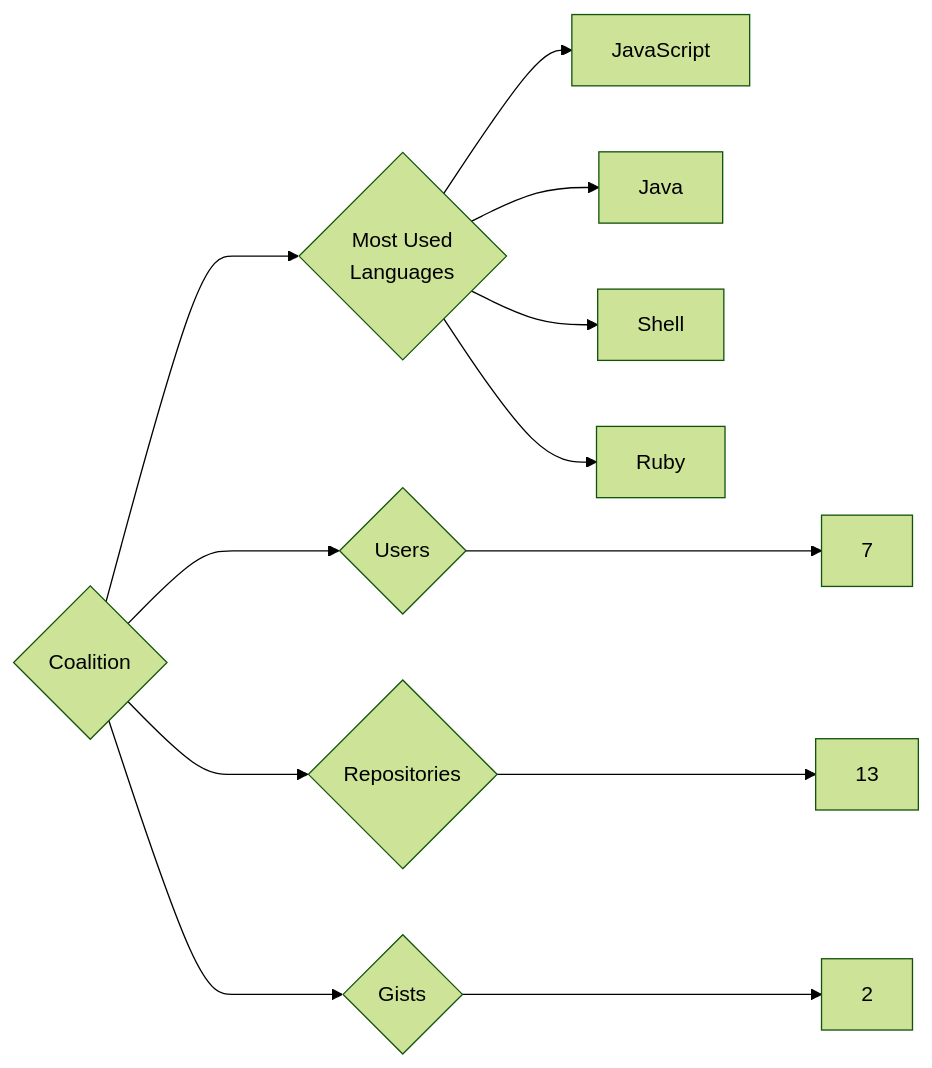
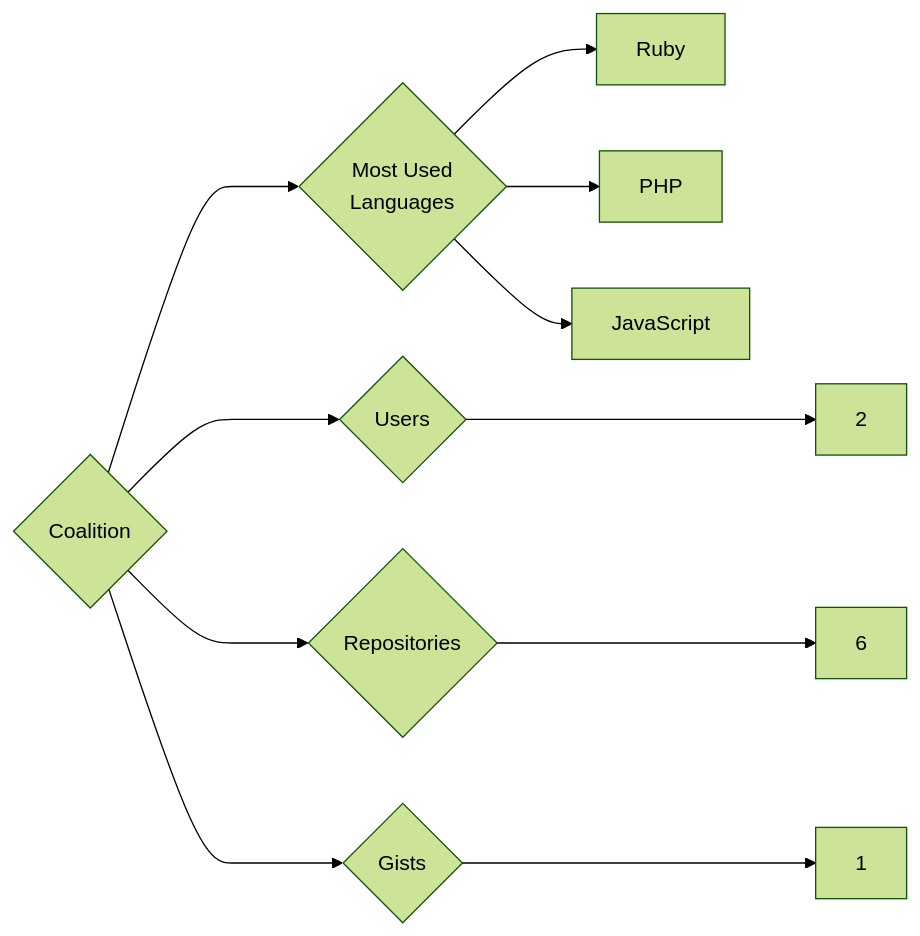
One commit to trickest/insiders changed the diagram in targets/Coalition/README.md. Above: the diagram before and after it, drawn with Mermaid (forest theme). The commit also changed 933 other files, not shown here.

````diff
--- a/targets/Coalition/README.md
+++ b/targets/Coalition/README.md
@@ -3,12 +3,11 @@
 ```mermaid
 graph LR
 COMPANY_NAME{Coalition}
-COMPANY_NAME ---> U{Users} ---> UN[7]
-COMPANY_NAME ---> R{Repositories} ---> RN[13]
-COMPANY_NAME ---> G{Gists} ---> GN[2]
+COMPANY_NAME ---> U{Users} ---> UN[2]
+COMPANY_NAME ---> R{Repositories} ---> RN[6]
+COMPANY_NAME ---> G{Gists} ---> GN[1]
 COMPANY_NAME ---> ML{Most Used<br>Languages}
+ML --> Ruby[Ruby]
+ML --> PHP[PHP]
 ML --> JavaScript[JavaScript]
-ML --> Java[Java]
-ML --> Shell[Shell]
-ML --> Ruby[Ruby]
 ```
````
